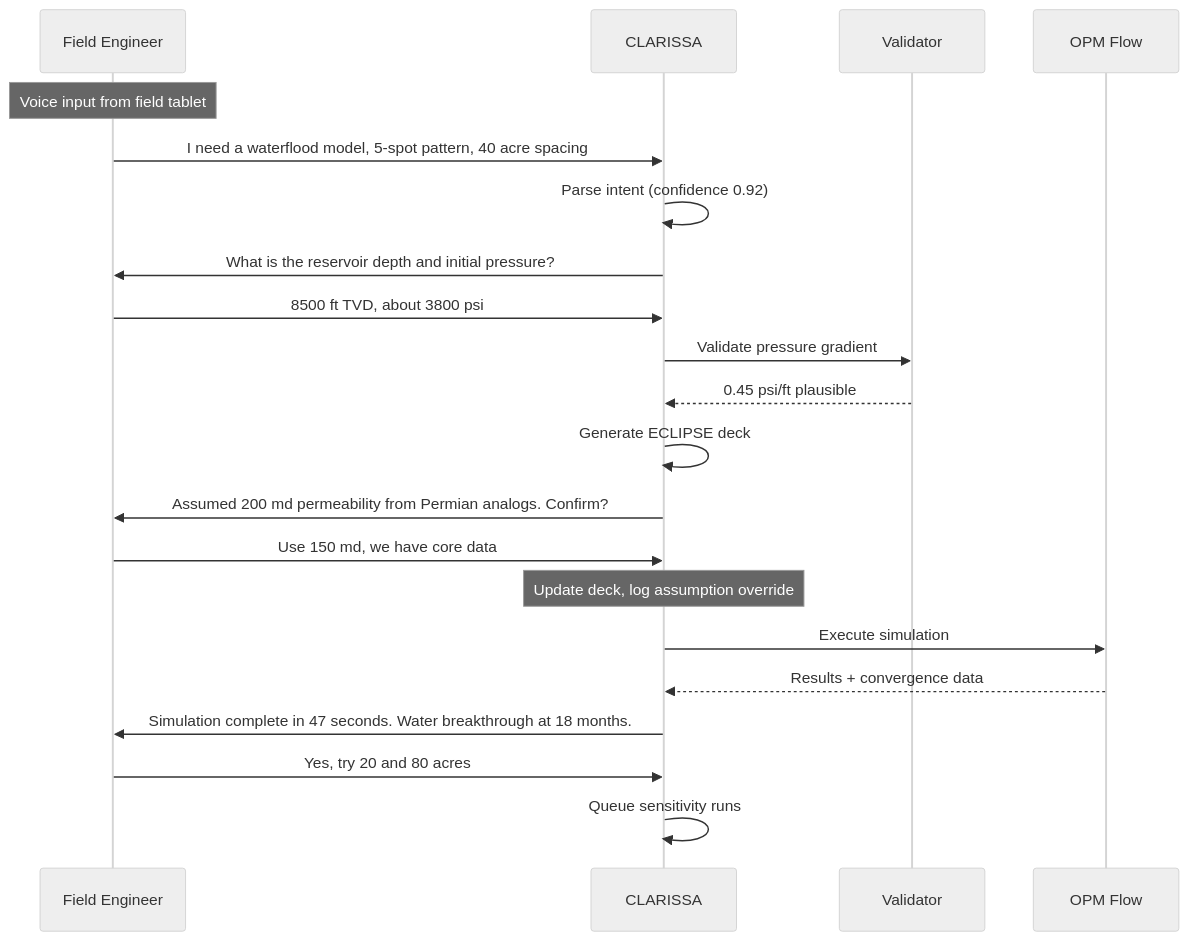
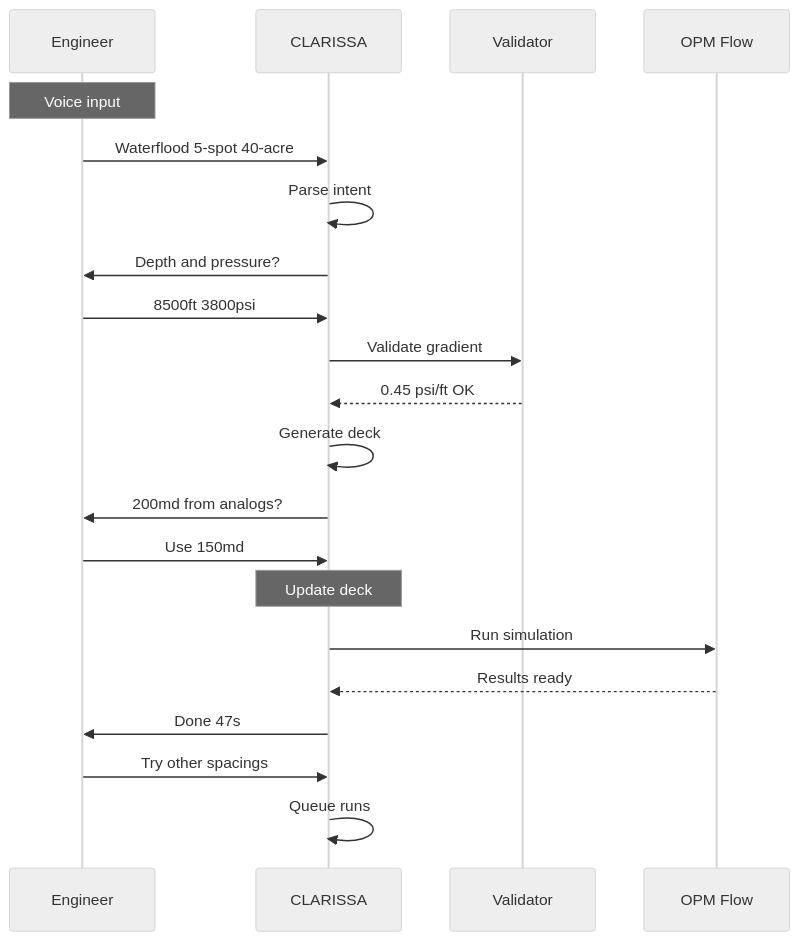
Before and after one commit to wolfram-laube/clarissa: the fifth of 6 diagrams in conference/spe-europe-2026/sources/wolfram/abstract-merged.md, drawn with Mermaid (neutral theme). The commit also changed other lines of this file, not shown here.

Commit message:
fix: simplify Diagram 1, fix Diagram 5 sequence commas

````diff
--- a/conference/spe-europe-2026/sources/wolfram/abstract-merged.md
+++ b/conference/spe-europe-2026/sources/wolfram/abstract-merged.md
@@ -211,24 +176,24 @@
 ```mermaid
 sequenceDiagram
-    participant E as Field Engineer
-    participant C as CLARISSA
+    participant E as Engineer
+    participant C as CLARISSA  
     participant V as Validator
     participant S as OPM Flow
 
-    Note over E: Voice input from field tablet
-    E->>C: I need a waterflood model, 5-spot pattern, 40 acre spacing
-    C->>C: Parse intent (confidence 0.92)
-    C->>E: What is the reservoir depth and initial pressure?
-    E->>C: 8500 ft TVD, about 3800 psi
-    C->>V: Validate pressure gradient
-    V-->>C: 0.45 psi/ft plausible
-    C->>C: Generate ECLIPSE deck
-    C->>E: Assumed 200 md permeability from Permian analogs. Confirm?
-    E->>C: Use 150 md, we have core data
-    Note over C: Update deck, log assumption override
-    C->>S: Execute simulation
-    S-->>C: Results + convergence data
-    C->>E: Simulation complete in 47 seconds. Water breakthrough at 18 months.
-    E->>C: Yes, try 20 and 80 acres
-    C->>C: Queue sensitivity runs
+    Note over E: Voice input
+    E->>C: Waterflood 5-spot 40-acre
+    C->>C: Parse intent
+    C->>E: Depth and pressure?
+    E->>C: 8500ft 3800psi
+    C->>V: Validate gradient
+    V-->>C: 0.45 psi/ft OK
+    C->>C: Generate deck
+    C->>E: 200md from analogs?
+    E->>C: Use 150md
+    Note over C: Update deck
+    C->>S: Run simulation
+    S-->>C: Results ready
+    C->>E: Done 47s
+    E->>C: Try other spacings
+    C->>C: Queue runs
 ```
````
